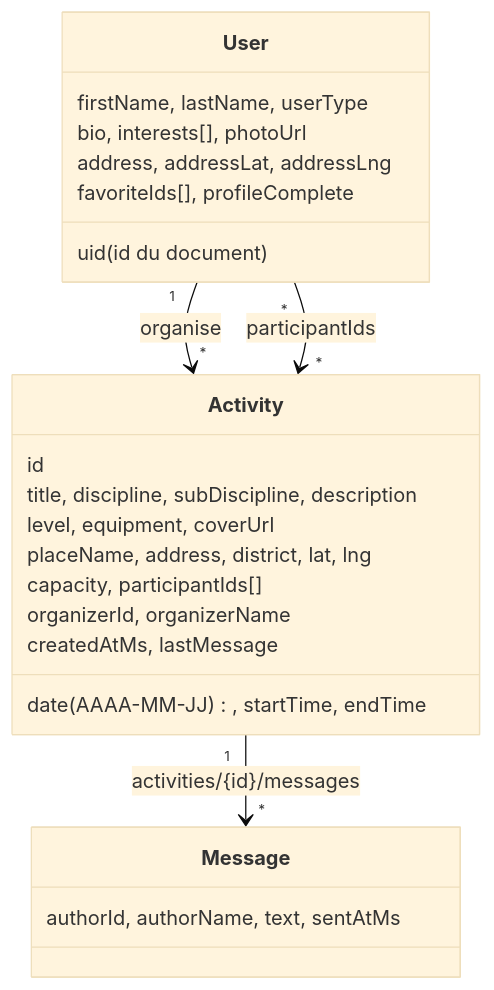
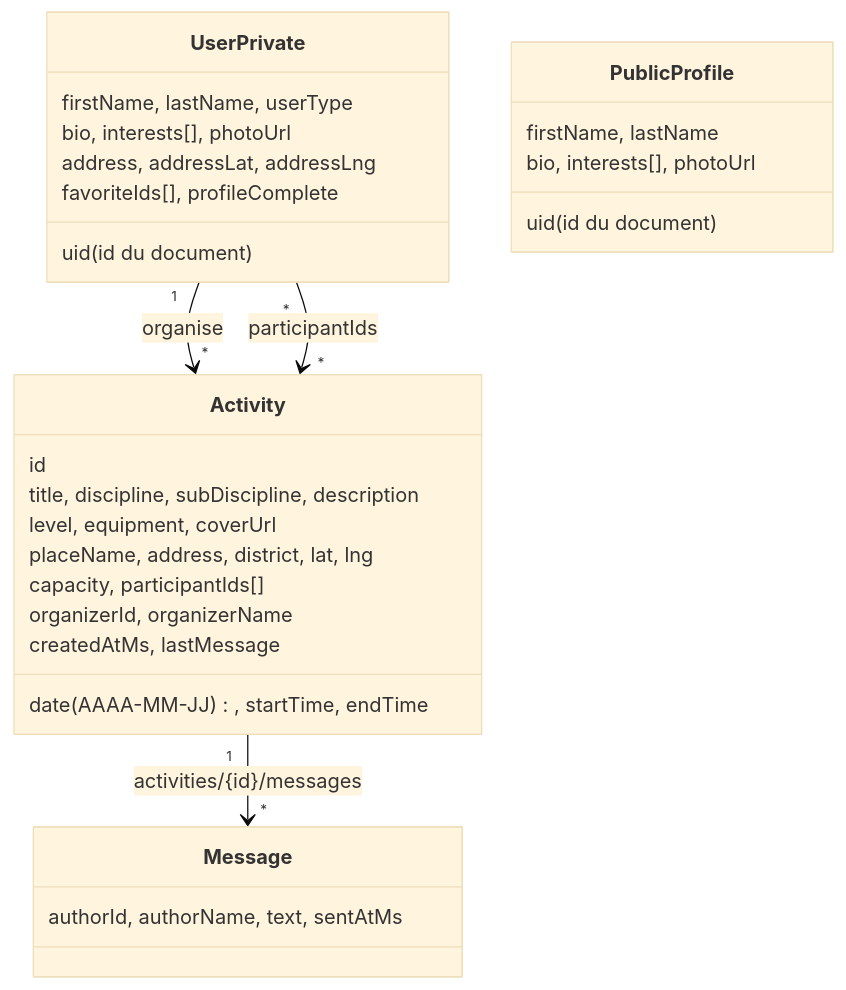
One commit to elieqlf/m2gdp-g1-art changed the diagram in docs/donnees-firestore.md. Above: the diagram before and after it, drawn with Mermaid (base theme). The commit also changed other lines of this file and 116 other files, not shown here.

````diff
--- a/docs/donnees-firestore.md
+++ b/docs/donnees-firestore.md
@@ -5,26 +5,31 @@
 ```mermaid
 classDiagram
-  class User {
+  class UserPrivate {
     uid (id du document)
     firstName, lastName, userType
     bio, interests[], photoUrl
     address, addressLat, addressLng
     favoriteIds[], profileComplete
+  }
+  class PublicProfile {
+    uid (id du document)
+    firstName, lastName
+    bio, interests[], photoUrl
   }
   class Activity {
     id
     title, discipline, subDiscipline, description
     level, equipment, coverUrl
     placeName, address, district, lat, lng
     date (AAAA-MM-JJ), startTime, endTime
     capacity, participantIds[]
     organizerId, organizerName
     createdAtMs, lastMessage
   }
   class Message {
     authorId, authorName, text, sentAtMs
   }
-  User "1" --> "*" Activity : organise
-  User "*" --> "*" Activity : participantIds
+  UserPrivate "1" --> "*" Activity : organise
+  UserPrivate "*" --> "*" Activity : participantIds
   Activity "1" --> "*" Message : activities/{id}/messages
 ```
````
